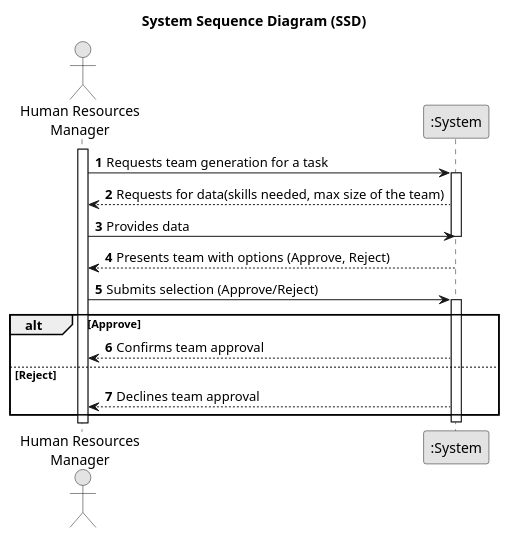
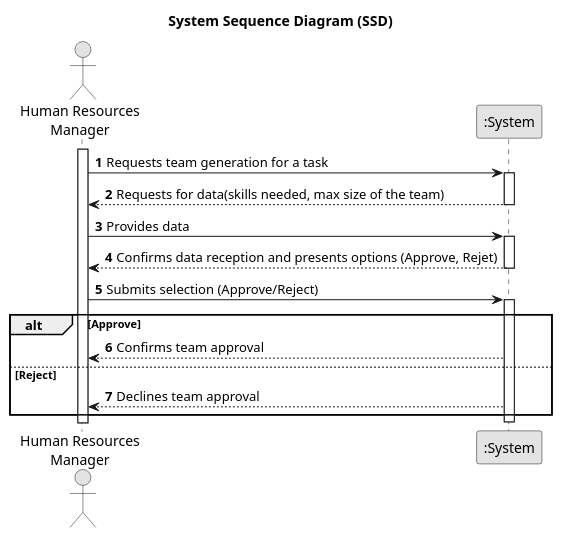
Before and after one commit to Mendoncaa/LAPR2: the diagram in docs/sprintA/us005/01.requirements-engineering/puml/us005-system-sequence-diagram.puml, drawn with PlantUML. The commit also changed 2 other files, not shown here.

```diff
--- a/docs/sprintA/us005/01.requirements-engineering/puml/us005-system-sequence-diagram.puml
+++ b/docs/sprintA/us005/01.requirements-engineering/puml/us005-system-sequence-diagram.puml
@@ -1,38 +1,38 @@
 @startuml
 skinparam monochrome true
 skinparam packageStyle rectangle
 skinparam shadowing false
 
 title System Sequence Diagram (SSD)
 
 autonumber
 
 actor "Human Resources\nManager" as HRManager
 participant ":System" as System
 
 activate HRManager
 
 HRManager -> System : Requests team generation for a task
 activate System
 
     System --> HRManager : Requests for data(skills needed, max size of the team)
-    
-    HRManager -> System : Provides data
     deactivate System
 
-    
-    System --> HRManager : Presents team with options (Approve, Reject)
+    HRManager -> System : Provides data
+    activate System
 
+    System --> HRManager : Confirms data reception and presents options (Approve, Rejet)
+    deactivate System
 
 HRManager -> System : Submits selection (Approve/Reject)
 activate System
 
 alt Approve
     System --> HRManager : Confirms team approval
 else Reject
     System --> HRManager : Declines team approval
 end
 
-deactivate System
+deactivate System
 
 @enduml
```
